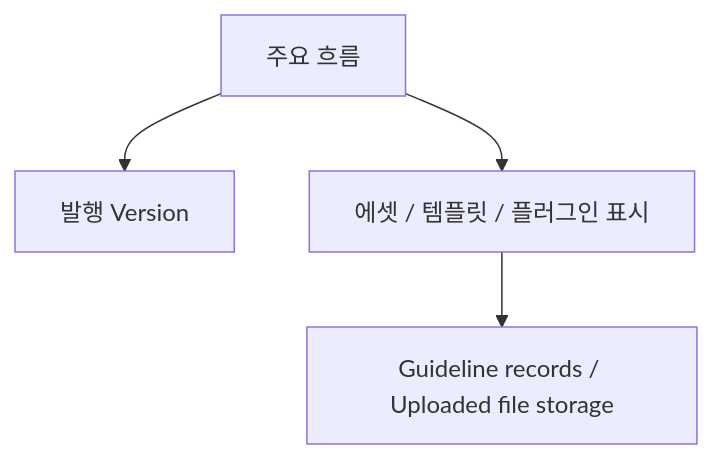
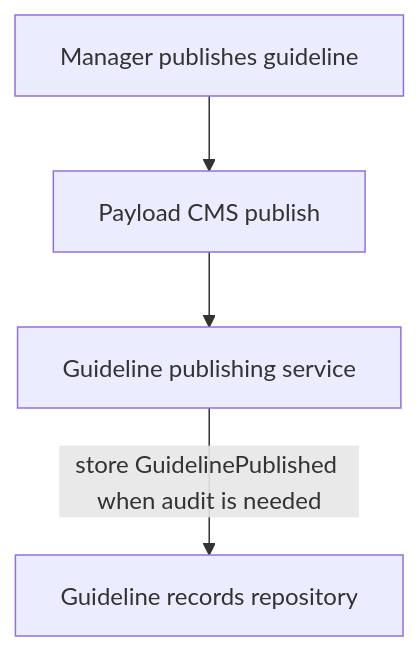
The sixth of 8 diagrams in docs/05-system-architecture.md (ewoooo/living-brand-system), drawn with Mermaid before and after one commit. The commit also changed other lines of this file and 22 other files, not shown here.

````diff
--- a/docs/05-system-architecture.md
+++ b/docs/05-system-architecture.md
@@ -245,11 +559,11 @@
 ```mermaid
-flowchart TB
-  Flow["주요 흐름"]
-  Version["발행 Version"]
-  Resource["에셋 / 템플릿 / 플러그인 표시"]
-  Storage["Guideline records / Uploaded file storage"]
+flowchart TD
+  A["Manager publishes guideline"]
+  B["Payload CMS publish"]
+  C["Guideline publishing service"]
+  D["Guideline records repository"]
 
-  Flow --> Version
-  Flow --> Resource
-  Resource --> Storage
+  A --> B
+  B --> C
+  C -->|"store GuidelinePublished when audit is needed"| D
 ```
````
